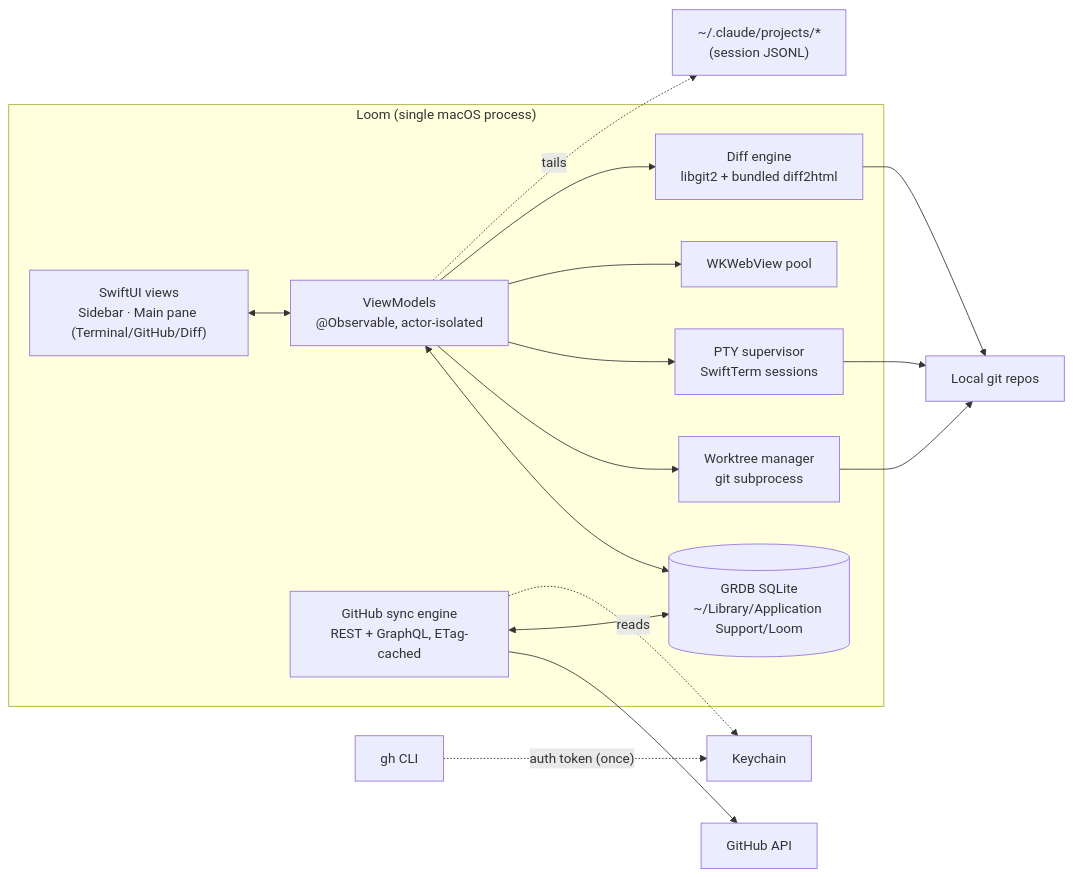
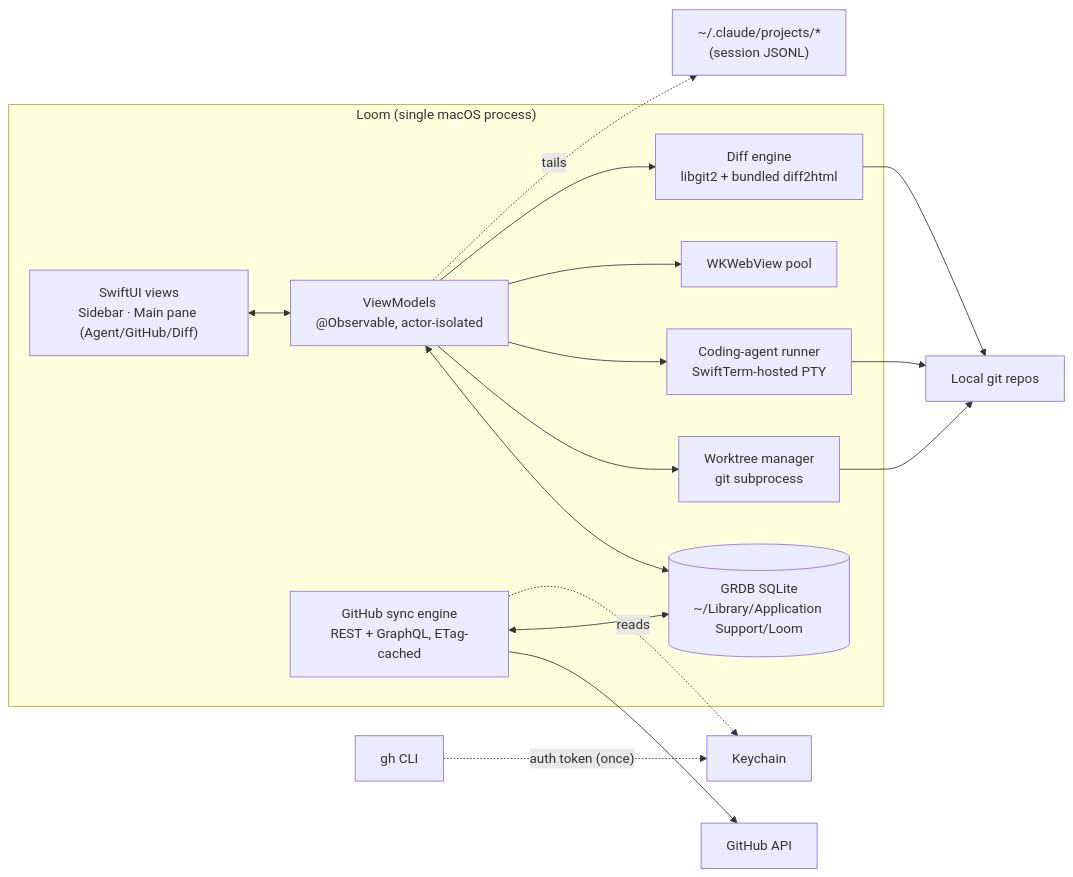
Before and after one commit to bsv-blockchain/yggdrasil: the diagram in loom-spec.md, drawn with Mermaid. The commit also changed other lines of this file, not shown here.

First line of the commit message:
spec: tabs run coding-agent profiles, not generic shells

````diff
--- a/loom-spec.md
+++ b/loom-spec.md
@@ -112,34 +113,34 @@
 ```mermaid
 flowchart LR
     subgraph App["Loom (single macOS process)"]
-        UI["SwiftUI views<br/>Sidebar · Main pane (Terminal/GitHub/Diff)"]
+        UI["SwiftUI views<br/>Sidebar · Main pane (Agent/GitHub/Diff)"]
         VM["ViewModels<br/>@Observable, actor-isolated"]
         Store[("GRDB SQLite<br/>~/Library/Application Support/Loom")]
         Sync["GitHub sync engine<br/>REST + GraphQL, ETag-cached"]
         WT["Worktree manager<br/>git subprocess"]
-        PTY["PTY supervisor<br/>SwiftTerm sessions"]
+        PTY["Coding-agent runner<br/>SwiftTerm-hosted PTY"]
         WV["WKWebView pool"]
         Diff["Diff engine<br/>libgit2 + bundled diff2html"]
     end
 
     GH["GitHub API"]
     GHCli["gh CLI"]
     KC["Keychain"]
     FS["Local git repos"]
     CL["~/.claude/projects/*<br/>(session JSONL)"]
 
     UI <--> VM
     VM <--> Store
     VM --> WT
     VM --> PTY
     VM --> WV
     VM --> Diff
     Sync --> GH
     Sync <--> Store
     GHCli -. "auth token (once)" .-> KC
     Sync -. reads .-> KC
     WT --> FS
     PTY --> FS
     Diff --> FS
     VM -. tails .-> CL
 ```
````
